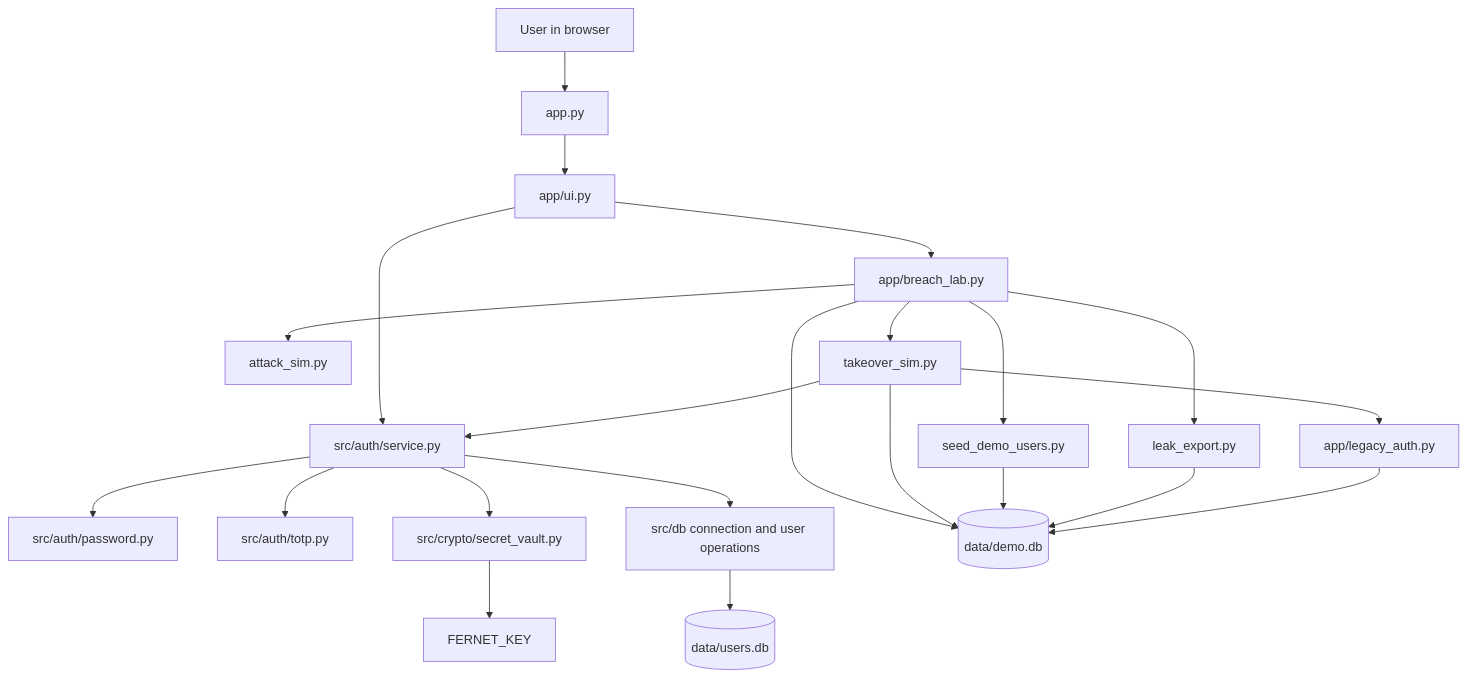
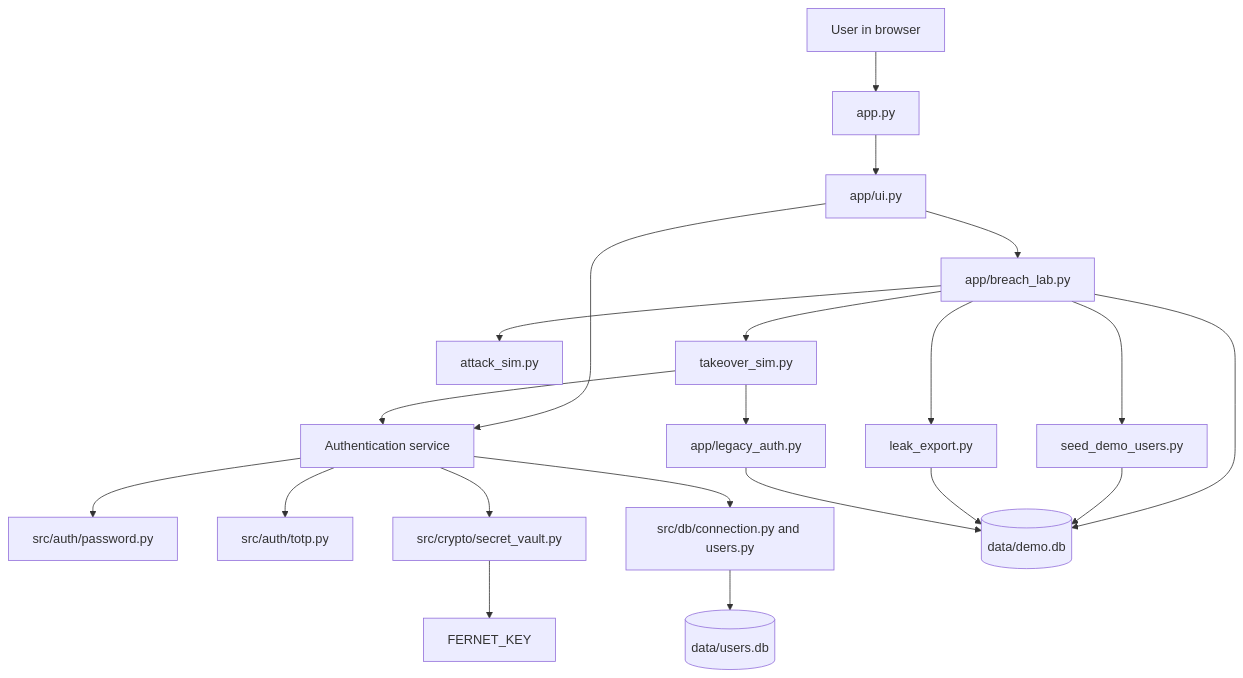
One commit to sonal-jakhar/secure-authentication-system changed the diagram in README.md. Above: the diagram before and after it, drawn with Mermaid. The commit also changed other lines of this file, not shown here.

````diff
--- a/README.md
+++ b/README.md
@@ -80,25 +133,24 @@
 ```mermaid
 flowchart TD
     Browser[User in browser] --> Entry[app.py]
     Entry --> UI[app/ui.py]
-    UI --> Service[src/auth/service.py]
-    Service --> Password[src/auth/password.py]
-    Service --> TOTP[src/auth/totp.py]
-    Service --> Vault[src/crypto/secret_vault.py]
-    Service --> DB[src/db connection and user operations]
-    DB --> MainDB[(data/users.db)]
-    Vault --> Env[FERNET_KEY]
+    UI --> Auth[Authentication service]
+    Auth --> Password[src/auth/password.py]
+    Auth --> TOTP[src/auth/totp.py]
+    Auth --> Vault[src/crypto/secret_vault.py]
+    Auth --> UserDB[src/db/connection.py and users.py]
+    UserDB --> MainDB[(data/users.db)]
+    Vault --> Key[FERNET_KEY]
 
     UI --> Lab[app/breach_lab.py]
     Lab --> DemoDB[(data/demo.db)]
-    Lab --> Seed[seed_demo_users.py]
-    Lab --> Export[leak_export.py]
+    Lab --> Seeder[seed_demo_users.py]
+    Lab --> Exporter[leak_export.py]
     Lab --> Attack[attack_sim.py]
     Lab --> Takeover[takeover_sim.py]
-    Takeover --> Service
-    Takeover --> DemoDB
+    Takeover --> Auth
     Takeover --> Legacy[app/legacy_auth.py]
-    Seed --> DemoDB
-    Export --> DemoDB
+    Seeder --> DemoDB
+    Exporter --> DemoDB
     Legacy --> DemoDB
 ```
````
